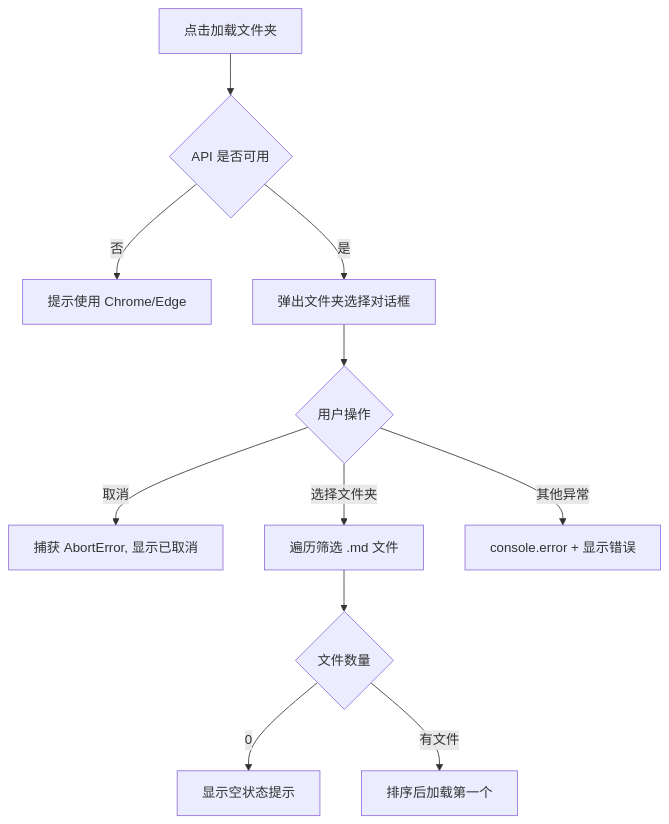
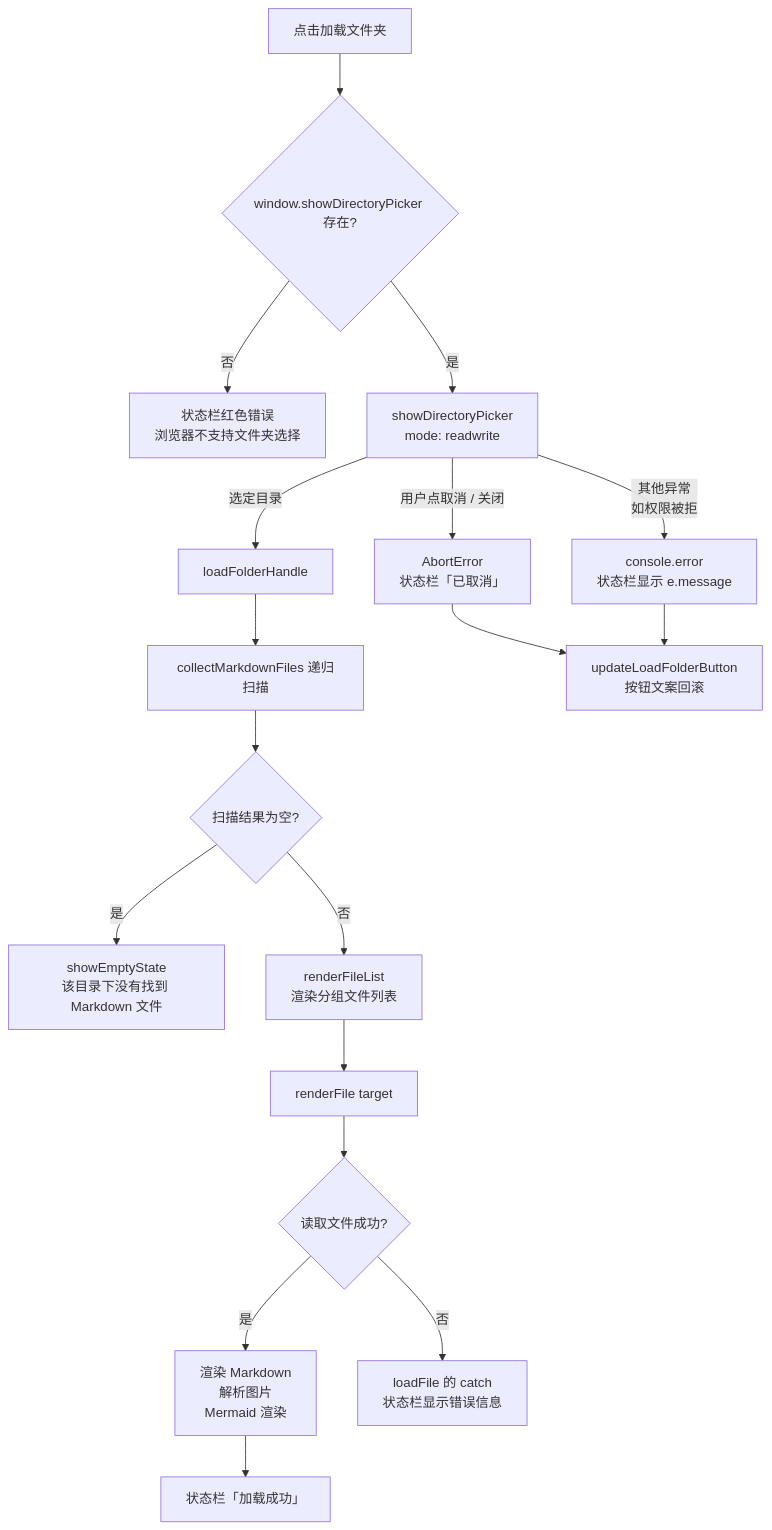
The second of 19 diagrams in doc/kb/业务知识库/业务流程详解.md (Leo-H-W/LightMDKit), drawn with Mermaid before and after one commit. The commit also changed other lines of this file and 13 other files, not shown here.

````diff
--- a/doc/kb/业务知识库/业务流程详解.md
+++ b/doc/kb/业务知识库/业务流程详解.md
@@ -128,13 +354,20 @@
 ```mermaid
 graph TD
-    A[点击加载文件夹] --> B{API 是否可用}
-    B -->|否| C[提示使用 Chrome/Edge]
-    B -->|是| D[弹出文件夹选择对话框]
-    D --> E{用户操作}
-    E -->|取消| F[捕获 AbortError, 显示已取消]
-    E -->|选择文件夹| G[遍历筛选 .md 文件]
-    G --> H{文件数量}
-    H -->|0| I[显示空状态提示]
-    H -->|有文件| J[排序后加载第一个]
-    E -->|其他异常| K[console.error + 显示错误]
+    A["点击加载文件夹"] --> B{"window.showDirectoryPicker 存在?"}
+    B -->|否| C["状态栏红色错误<br/>浏览器不支持文件夹选择"]
+    B -->|是| D["showDirectoryPicker<br/>mode: readwrite"]
+    D -->|"用户点取消 / 关闭"| E["AbortError<br/>状态栏「已取消」"]
+    D -->|"其他异常<br/>如权限被拒"| F["console.error<br/>状态栏显示 e.message"]
+    D -->|"选定目录"| G["loadFolderHandle"]
+    G --> H["collectMarkdownFiles 递归扫描"]
+    H --> I{"扫描结果为空?"}
+    I -->|是| J["showEmptyState<br/>该目录下没有找到 Markdown 文件"]
+    I -->|否| K["renderFileList<br/>渲染分组文件列表"]
+    K --> L["renderFile target"]
+    L --> M{"读取文件成功?"}
+    M -->|是| N["渲染 Markdown<br/>解析图片<br/>Mermaid 渲染"]
+    M -->|否| O["loadFile 的 catch<br/>状态栏显示错误信息"]
+    N --> P["状态栏「加载成功」"]
+    E --> Q["updateLoadFolderButton<br/>按钮文案回滚"]
+    F --> Q
 ```
````
